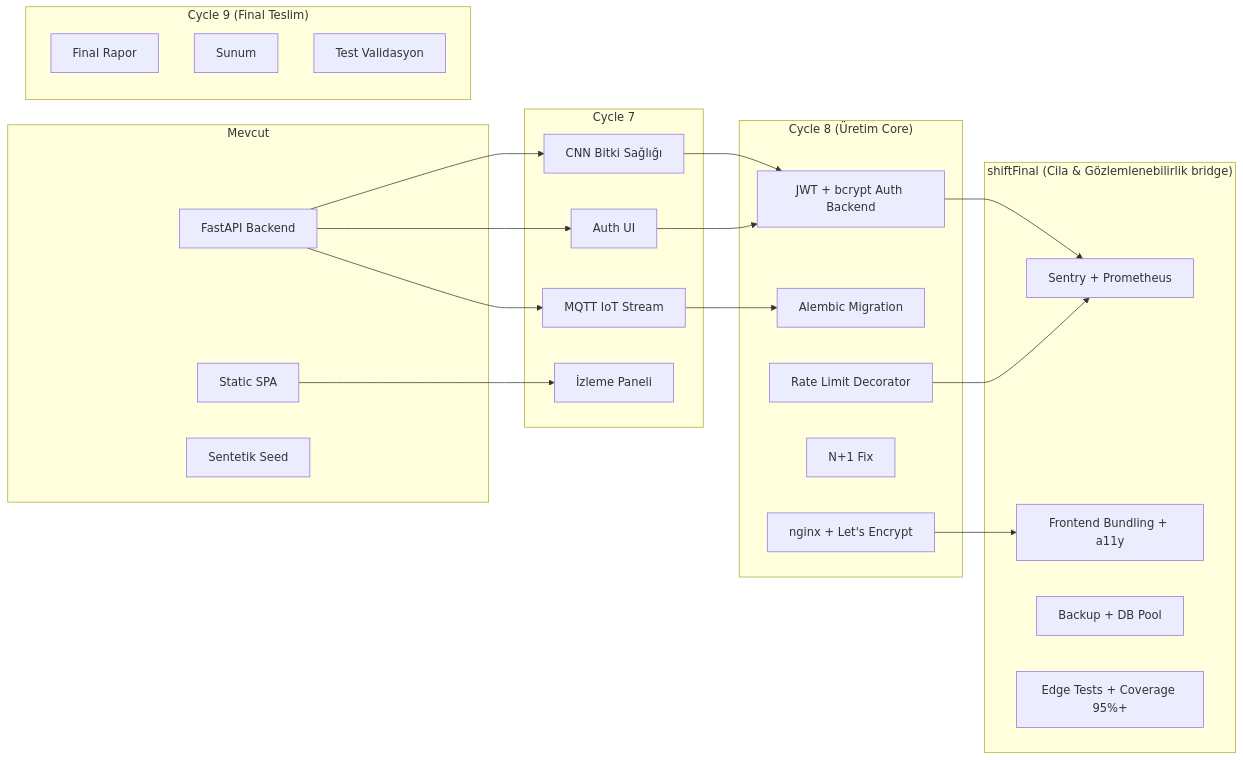
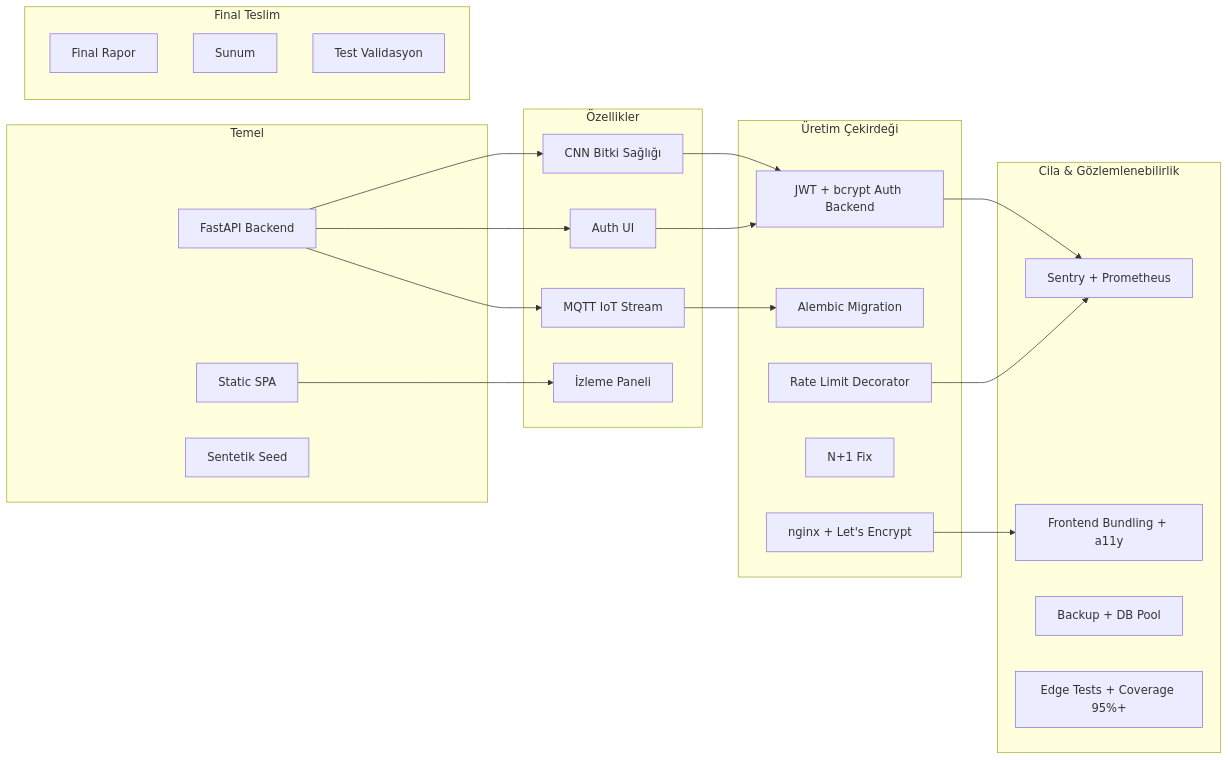
Before and after one commit to Ohualtex/Smart_Farming_Data_Analysis_Platform: the sixth of 6 diagrams in docs/architecture.md, drawn with Mermaid. The commit also changed other lines of this file and 74 other files, not shown here.

````diff
--- a/docs/architecture.md
+++ b/docs/architecture.md
@@ -287,47 +287,47 @@
 ```mermaid
 graph LR
-    subgraph "Mevcut"
+    subgraph "Temel"
         A1[FastAPI Backend]
         A2[Static SPA]
         A3[Sentetik Seed]
     end
 
-    subgraph "Cycle 7"
+    subgraph "Özellikler"
         B1[CNN Bitki Sağlığı]
         B2[Auth UI]
         B3[İzleme Paneli]
         B4[MQTT IoT Stream]
     end
 
-    subgraph "Cycle 8 (Üretim Core)"
+    subgraph "Üretim Çekirdeği"
         C1[JWT + bcrypt Auth Backend]
         C2[Alembic Migration]
         C3[Rate Limit Decorator]
         C4[N+1 Fix]
         C5[nginx + Let's Encrypt]
     end
 
-    subgraph "shiftFinal (Cila & Gözlemlenebilirlik bridge)"
+    subgraph "Cila & Gözlemlenebilirlik"
         D1[Sentry + Prometheus]
         D2[Frontend Bundling + a11y]
         D3[Backup + DB Pool]
         D4[Edge Tests + Coverage 95%+]
     end
 
-    subgraph "Cycle 9 (Final Teslim)"
+    subgraph "Final Teslim"
         E1[Final Rapor]
         E2[Sunum]
         E3[Test Validasyon]
     end
 
     A1 --> B1
     A1 --> B2
     A1 --> B4
     A2 --> B3
     B1 --> C1
     B2 --> C1
     B4 --> C2
     C1 --> D1
     C3 --> D1
     C5 --> D2
 ```
````
